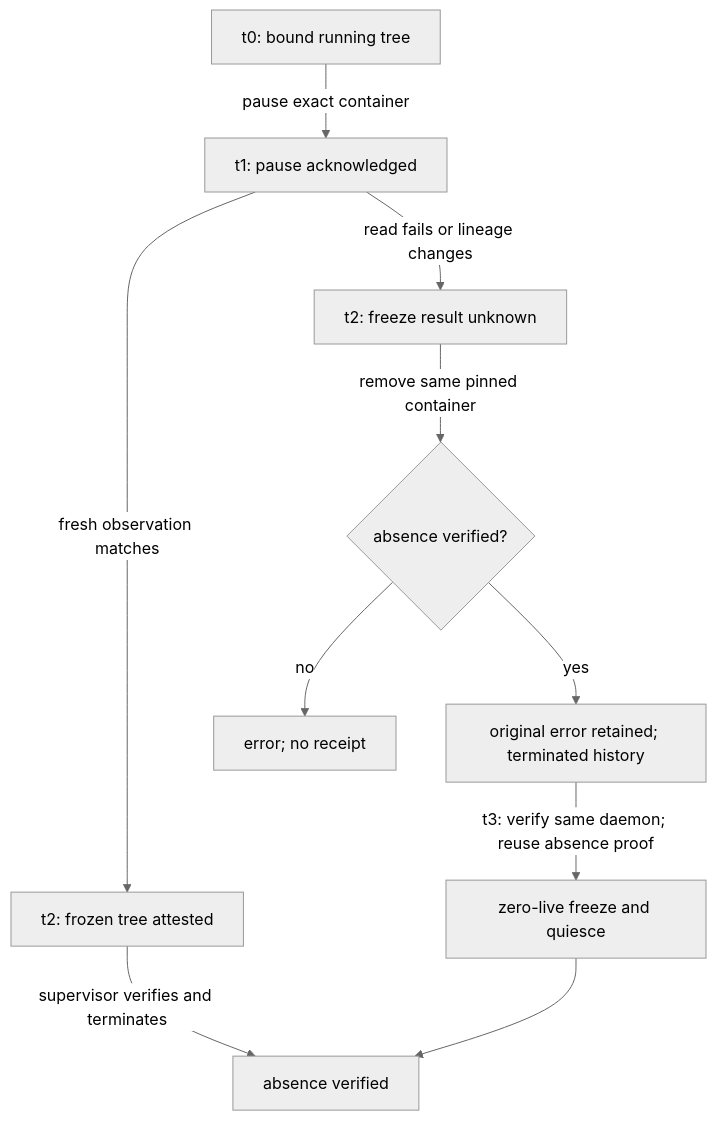
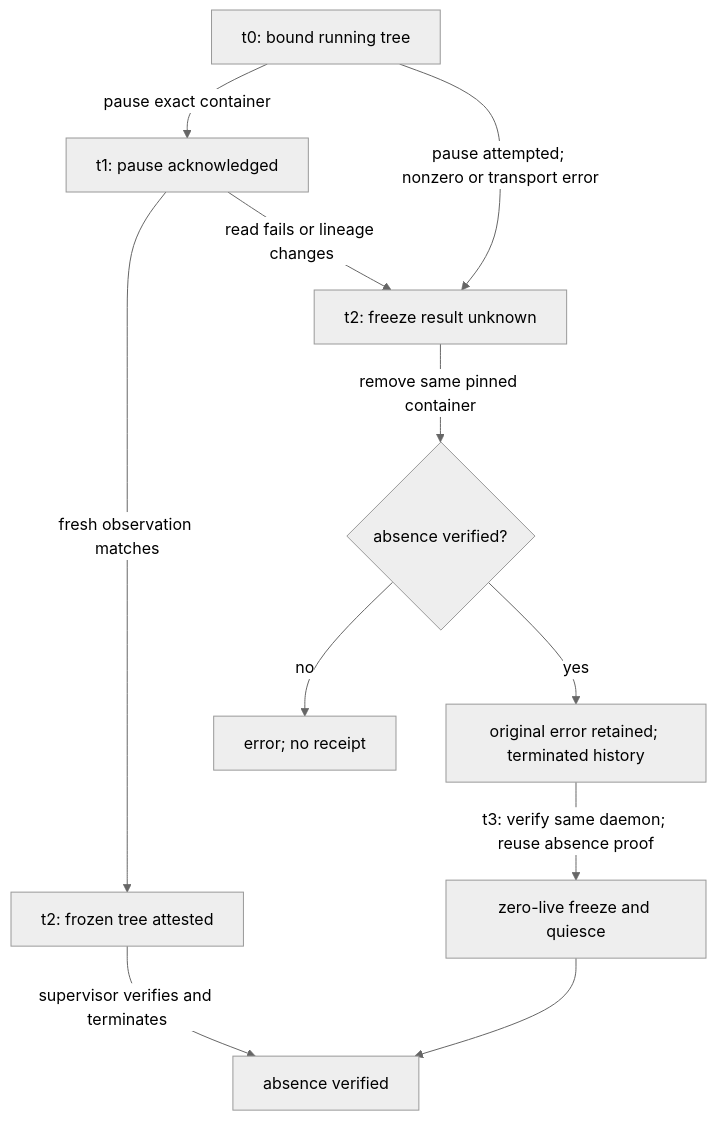
One commit to safal207/LiminalOSAI changed the diagram in docs/ISOLATED_EXECUTION_BROKER.md. Above: the diagram before and after it, drawn with Mermaid (neutral theme). The commit also changed other lines of this file and 2 other files, not shown here.

Commit message:
fix(docker): reconcile failed pause attempts before retry

````diff
--- a/docs/ISOLATED_EXECUTION_BROKER.md
+++ b/docs/ISOLATED_EXECUTION_BROKER.md
@@ -222,12 +229,13 @@
 ```mermaid
 flowchart TD
     A["t0: bound running tree"] -->|"pause exact container"| B["t1: pause acknowledged"]
+    A -->|"pause attempted; nonzero or transport error"| E["t2: freeze result unknown"]
     B -->|"fresh observation matches"| C["t2: frozen tree attested"]
     C -->|"supervisor verifies and terminates"| D["absence verified"]
-    B -->|"read fails or lineage changes"| E["t2: freeze result unknown"]
+    B -->|"read fails or lineage changes"| E
     E -->|"remove same pinned container"| F{"absence verified?"}
     F -->|"no"| G["error; no receipt"]
     F -->|"yes"| H["original error retained; terminated history"]
     H -->|"t3: verify same daemon; reuse absence proof"| I["zero-live freeze and quiesce"]
     I --> D
 ```
````
